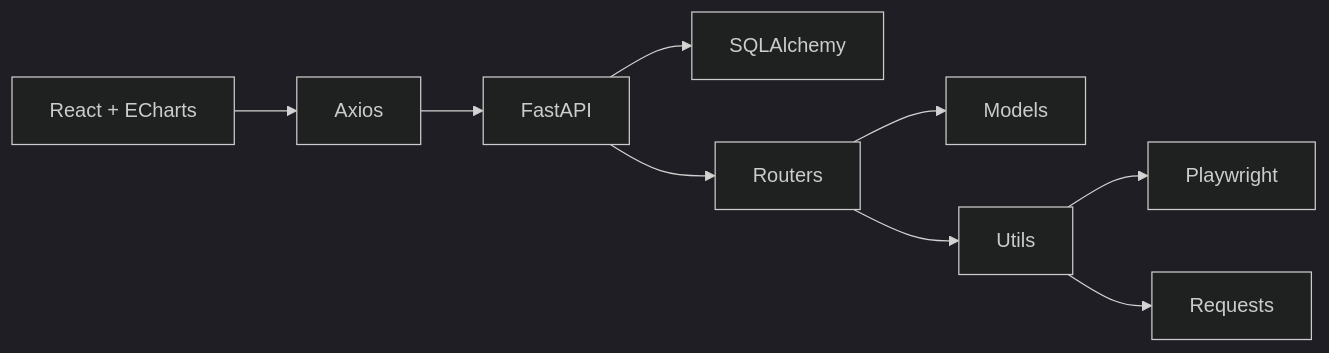
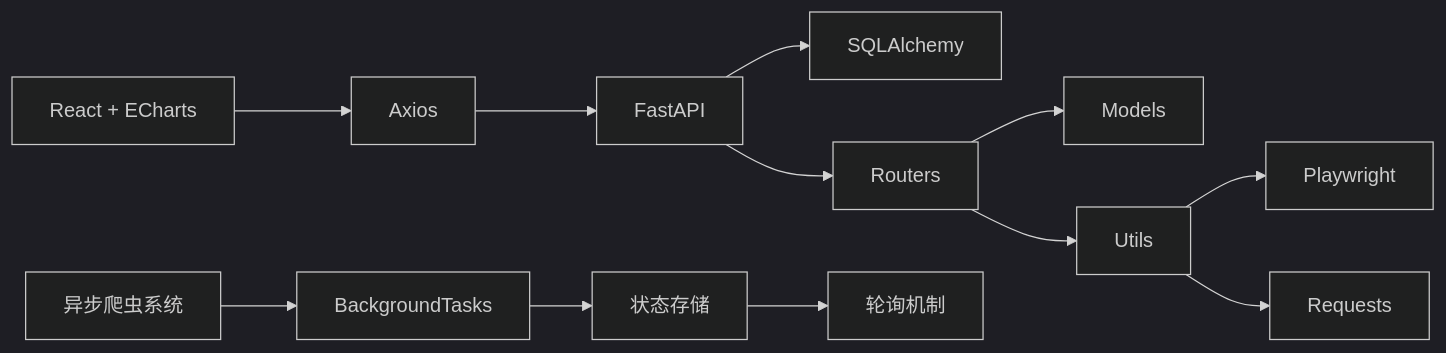
One commit to henghengZhu-0719/myblog changed diagram 11 of 11 in .qoder/repowiki/zh/content/核心功能/招聘信息系统.md. Above: the diagram before and after it, drawn with Mermaid (dark theme). The commit also changed other lines of this file and 3 other files, not shown here.

````diff
--- a/.qoder/repowiki/zh/content/核心功能/招聘信息系统.md
+++ b/.qoder/repowiki/zh/content/核心功能/招聘信息系统.md
@@ -325,11 +407,14 @@
 ```mermaid
 graph LR
 FastAPI["FastAPI"] --> SQL["SQLAlchemy"]
 FastAPI --> Routers["Routers"]
 Routers --> Models["Models"]
 Routers --> Utils["Utils"]
 Utils --> Playwright["Playwright"]
 Utils --> Requests["Requests"]
 Front["React + ECharts"] --> Axios["Axios"]
 Axios --> FastAPI
+AsyncCrawl["异步爬虫系统"] --> BackgroundTasks["BackgroundTasks"]
+BackgroundTasks --> StatusStore["状态存储"]
+StatusStore --> Polling["轮询机制"]
 ```
````
